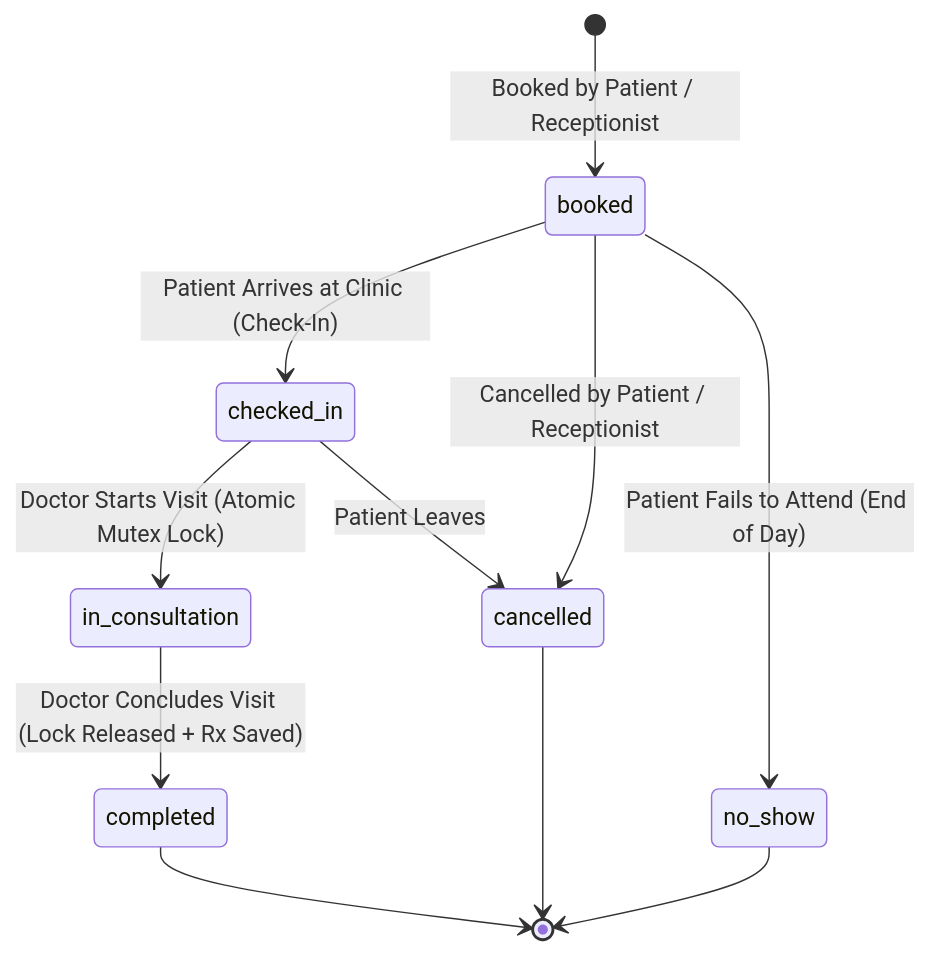
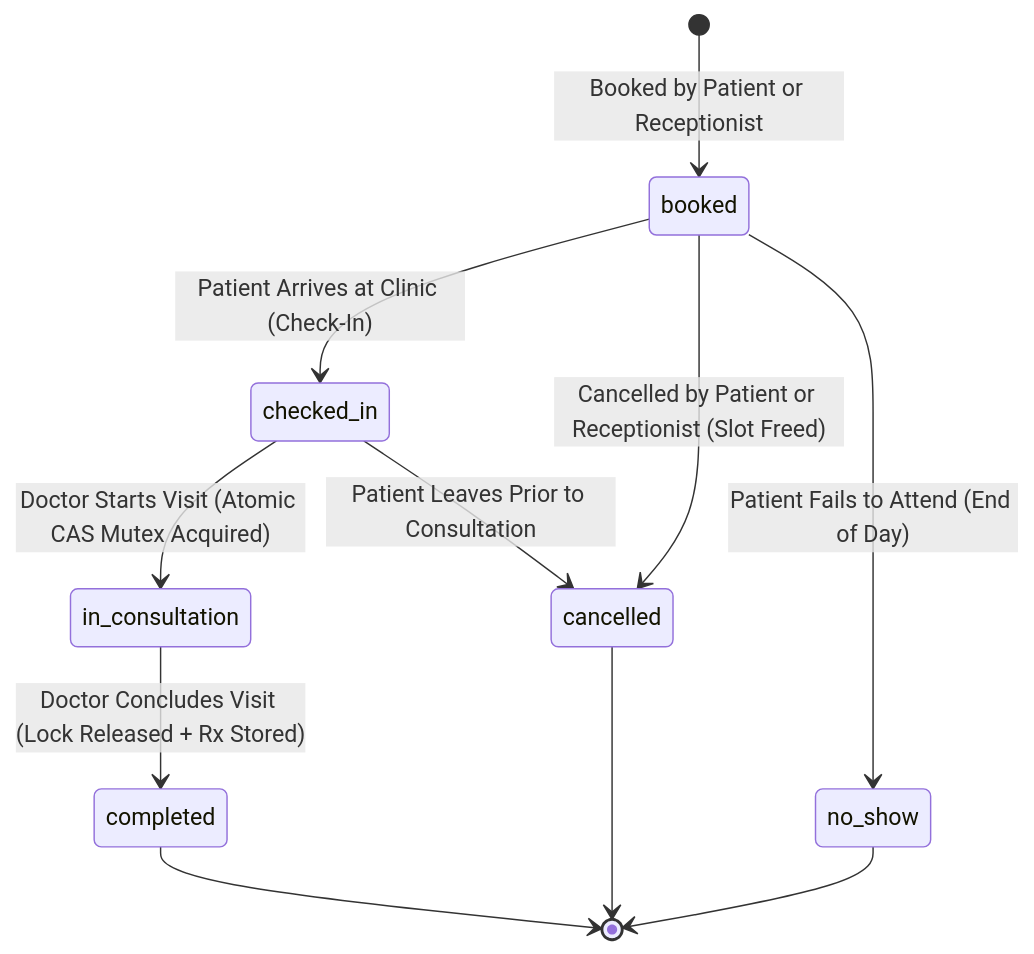
The diagram in README.md (RaghveshSharma/CareDesk), drawn with Mermaid before and after one commit. The commit also changed other lines of this file, not shown here.

Commit message:
docs: enrich README with deployment guides, architecture diagrams, and badges

````diff
--- a/README.md
+++ b/README.md
@@ -161,16 +133,16 @@
 ```mermaid
 stateDiagram-v2
-    [*] --> booked: Booked by Patient / Receptionist
+    [*] --> booked: Booked by Patient or Receptionist
     booked --> checked_in: Patient Arrives at Clinic (Check-In)
-    booked --> cancelled: Cancelled by Patient / Receptionist
+    booked --> cancelled: Cancelled by Patient or Receptionist (Slot Freed)
     booked --> no_show: Patient Fails to Attend (End of Day)
     
-    checked_in --> in_consultation: Doctor Starts Visit (Atomic Mutex Lock)
-    checked_in --> cancelled: Patient Leaves
+    checked_in --> in_consultation: Doctor Starts Visit (Atomic CAS Mutex Acquired)
+    checked_in --> cancelled: Patient Leaves Prior to Consultation
     
-    in_consultation --> completed: Doctor Concludes Visit (Lock Released + Rx Saved)
+    in_consultation --> completed: Doctor Concludes Visit (Lock Released + Rx Stored)
     
     completed --> [*]
     cancelled --> [*]
     no_show --> [*]
 ```
````
